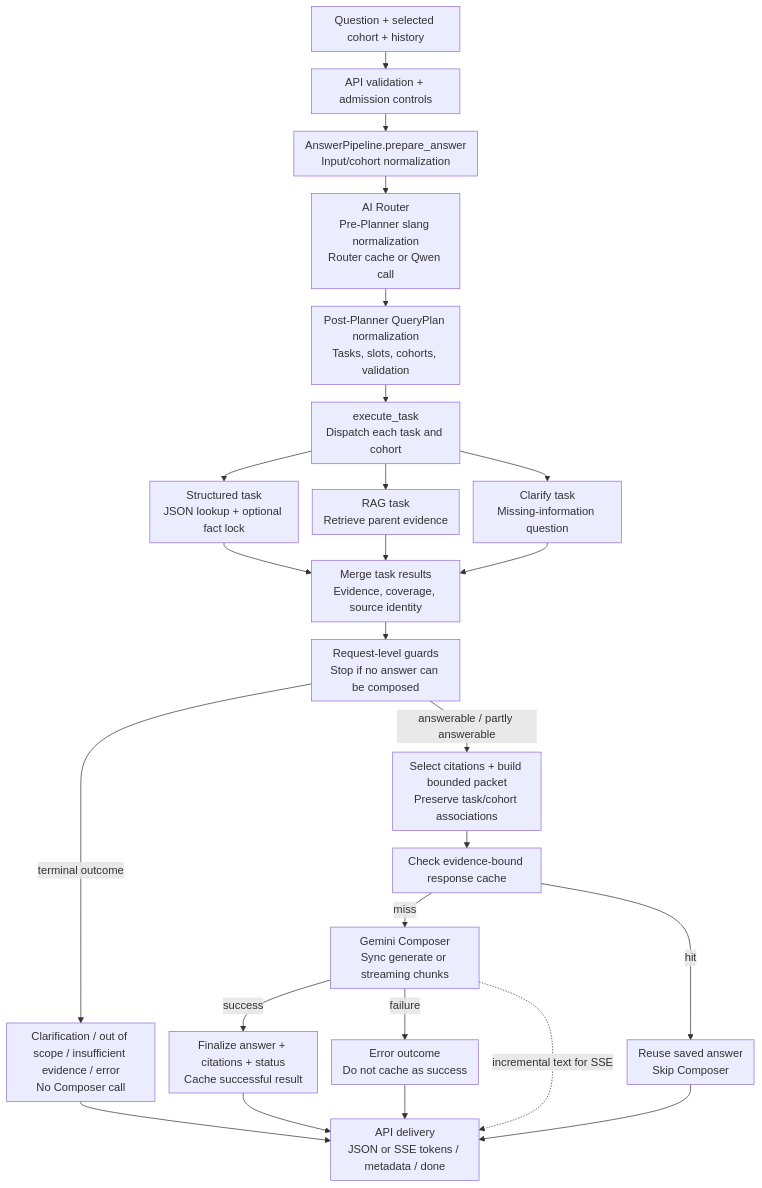
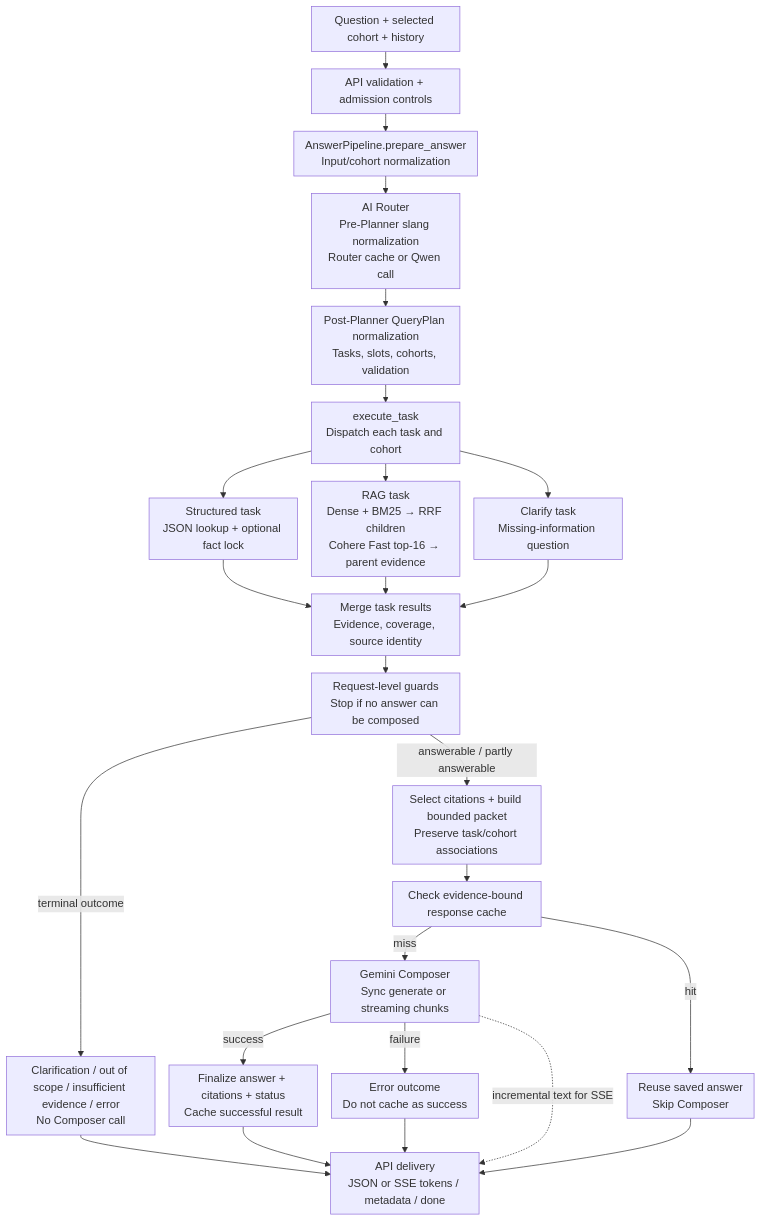
The second of 5 diagrams in README.md (AnhPhiNe/student-handbook-rag-chatbot), drawn with Mermaid before and after one commit. The commit also changed other lines of this file, not shown here.

Commit message:
docs: document Cohere rerank release candidate

```diff
--- a/README.md
+++ b/README.md
@@ -218,28 +218,28 @@
 ~~~mermaid
 %%{init: {"flowchart": {"wrappingWidth": 180, "nodeSpacing": 20, "rankSpacing": 25, "padding": 8}}}%%
 flowchart TD
     Input["Question + selected cohort + history"] --> API["API validation + admission controls"]
     API --> Prepare["AnswerPipeline.prepare_answer<br/>Input/cohort normalization"]
     Prepare --> Planner["AI Router<br/>Pre-Planner slang normalization<br/>Router cache or Qwen call"]
     Planner --> Normalize["Post-Planner QueryPlan normalization<br/>Tasks, slots, cohorts, validation"]
     Normalize --> Execute["execute_task<br/>Dispatch each task and cohort"]
     Execute --> Structured["Structured task<br/>JSON lookup + optional fact lock"]
-    Execute --> RAG["RAG task<br/>Retrieve parent evidence"]
+    Execute --> RAG["RAG task<br/>Dense + BM25 → RRF children<br/>Cohere Fast top-16 → parent evidence"]
     Execute --> Clarify["Clarify task<br/>Missing-information question"]
     Structured --> Merge["Merge task results<br/>Evidence, coverage, source identity"]
     RAG --> Merge
     Clarify --> Merge
     Merge --> Guard["Request-level guards<br/>Stop if no answer can be composed"]
     Guard -->|terminal outcome| Terminal["Clarification / out of scope / insufficient evidence / error<br/>No Composer call"]
     Guard -->|answerable / partly answerable| Packet["Select citations + build bounded packet<br/>Preserve task/cohort associations"]
     Packet --> Cache["Check evidence-bound response cache"]
     Cache -->|miss| Compose["Gemini Composer<br/>Sync generate or streaming chunks"]
     Cache -->|hit| Reuse["Reuse saved answer<br/>Skip Composer"]
     Compose -->|success| Final["Finalize answer + citations + status<br/>Cache successful result"]
     Compose -->|failure| Failure["Error outcome<br/>Do not cache as success"]
     Compose -. incremental text for SSE .-> Output["API delivery<br/>JSON or SSE tokens / metadata / done"]
     Final --> Output
     Terminal --> Output
     Reuse --> Output
     Failure --> Output
 ~~~
```
